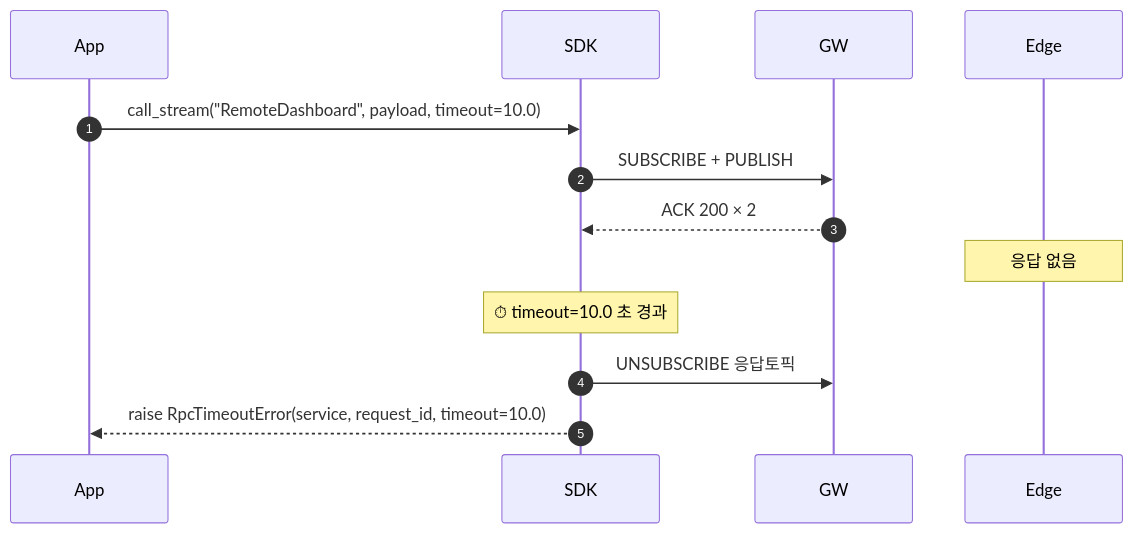
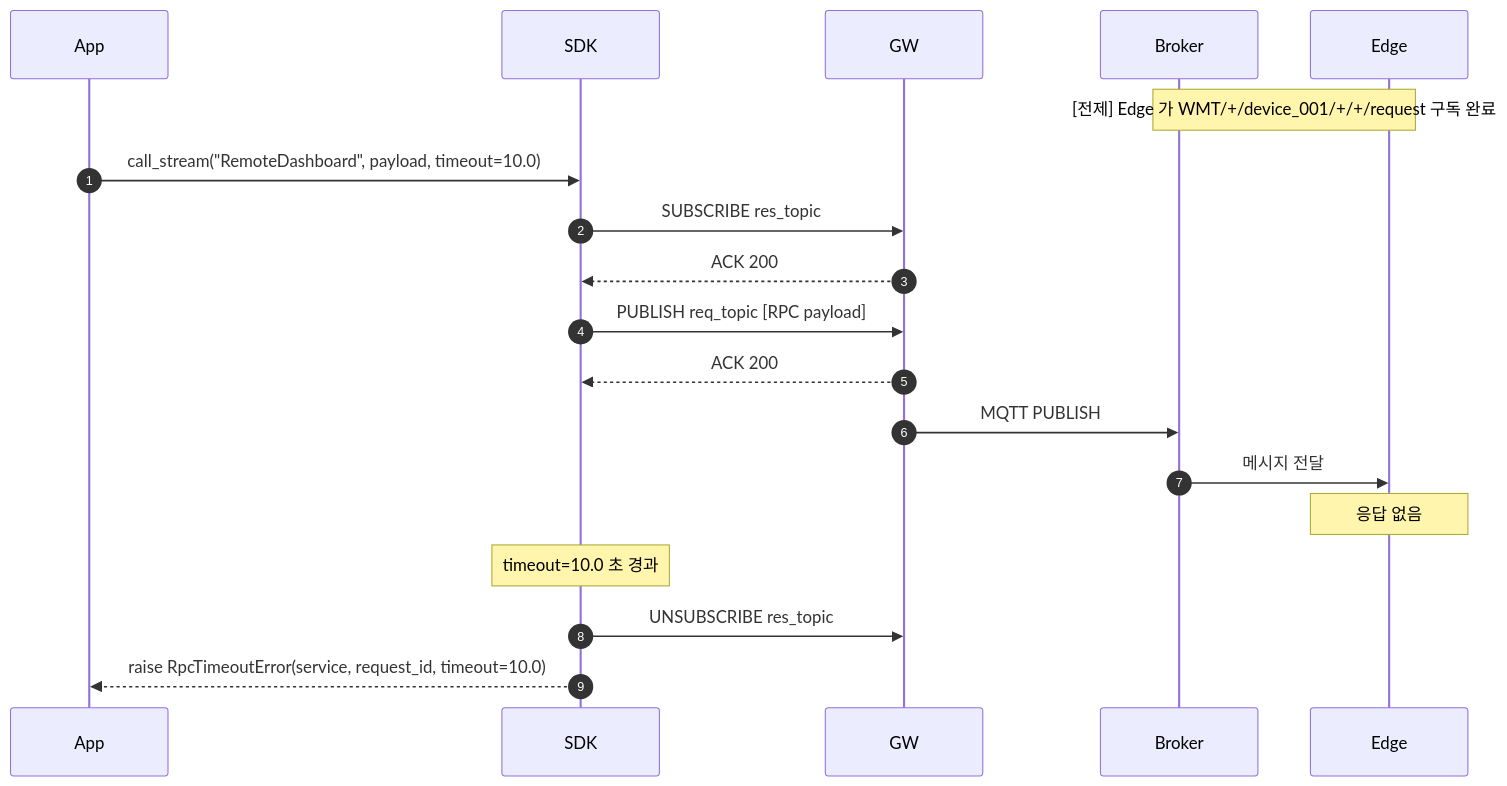
The ninth of 12 diagrams in docs/RPC_SEQUENCE_DIAGRAMS.md (DongEunKim/MQTT-WSS-API), drawn with Mermaid before and after one commit. The commit also changed other lines of this file, not shown here.

First line of the commit message:
docs: 시퀀스 다이어그램 시인성 개선 및 모든 패턴에 Edge 사전 구독 전제 추가

````diff
--- a/docs/RPC_SEQUENCE_DIAGRAMS.md
+++ b/docs/RPC_SEQUENCE_DIAGRAMS.md
@@ -361,19 +380,26 @@
 ```mermaid
 sequenceDiagram
     autonumber
     participant App
     participant SDK
     participant GW
+    participant Broker
     participant Edge
 
+    Note over Edge,Broker: [전제] Edge 가 WMT/+/device_001/+/+/request 구독 완료
+
     App->>SDK: call_stream("RemoteDashboard", payload, timeout=10.0)
-    SDK->>GW: SUBSCRIBE + PUBLISH
-    GW-->>SDK: ACK 200 × 2
+    SDK->>GW: SUBSCRIBE res_topic
+    GW-->>SDK: ACK 200
+    SDK->>GW: PUBLISH req_topic [RPC payload]
+    GW-->>SDK: ACK 200
+    GW->>Broker: MQTT PUBLISH
+    Broker->>Edge: 메시지 전달
 
     Note over Edge: 응답 없음
 
-    Note over SDK: ⏱ timeout=10.0 초 경과
+    Note over SDK: timeout=10.0 초 경과
 
-    SDK->>GW: UNSUBSCRIBE 응답토픽
+    SDK->>GW: UNSUBSCRIBE res_topic
     SDK-->>App: raise RpcTimeoutError(service, request_id, timeout=10.0)
 ```
````
